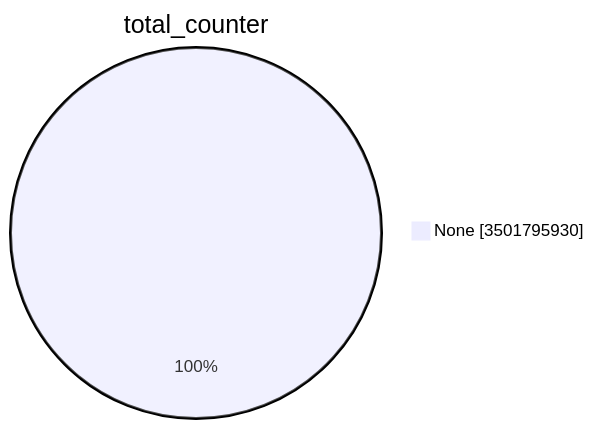
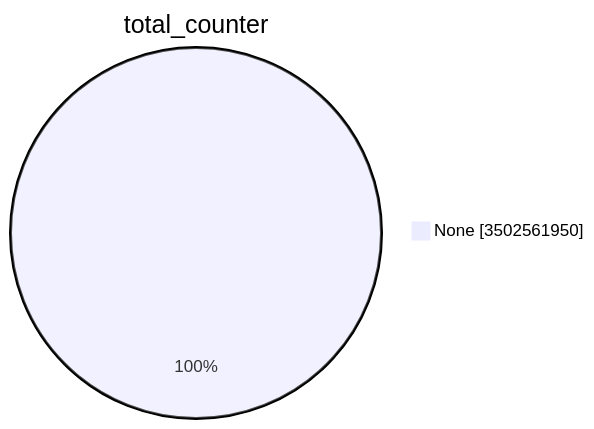
One commit to christiankrug/ctmonitor_visualization changed the first of 15 diagrams in TOTAL/README.md. Above: the diagram before and after it, drawn with Mermaid. The commit also changed other lines of this file, not shown here.

````diff
--- a/TOTAL/README.md
+++ b/TOTAL/README.md
@@ -1,5 +1,5 @@
 ```mermaid
 pie showData
 title total_counter
-"None" :3501795930
+"None" :3502561950
 ```
````
